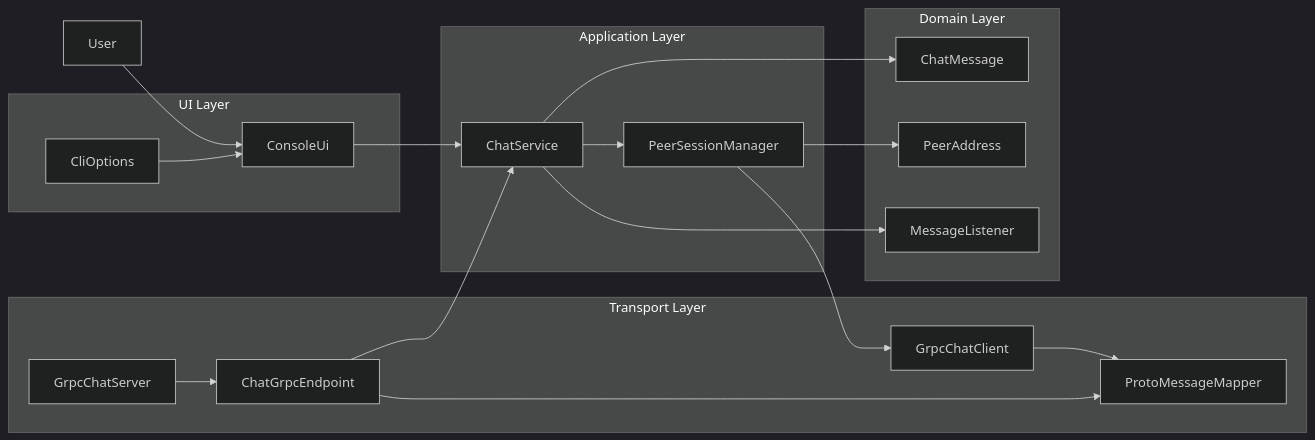
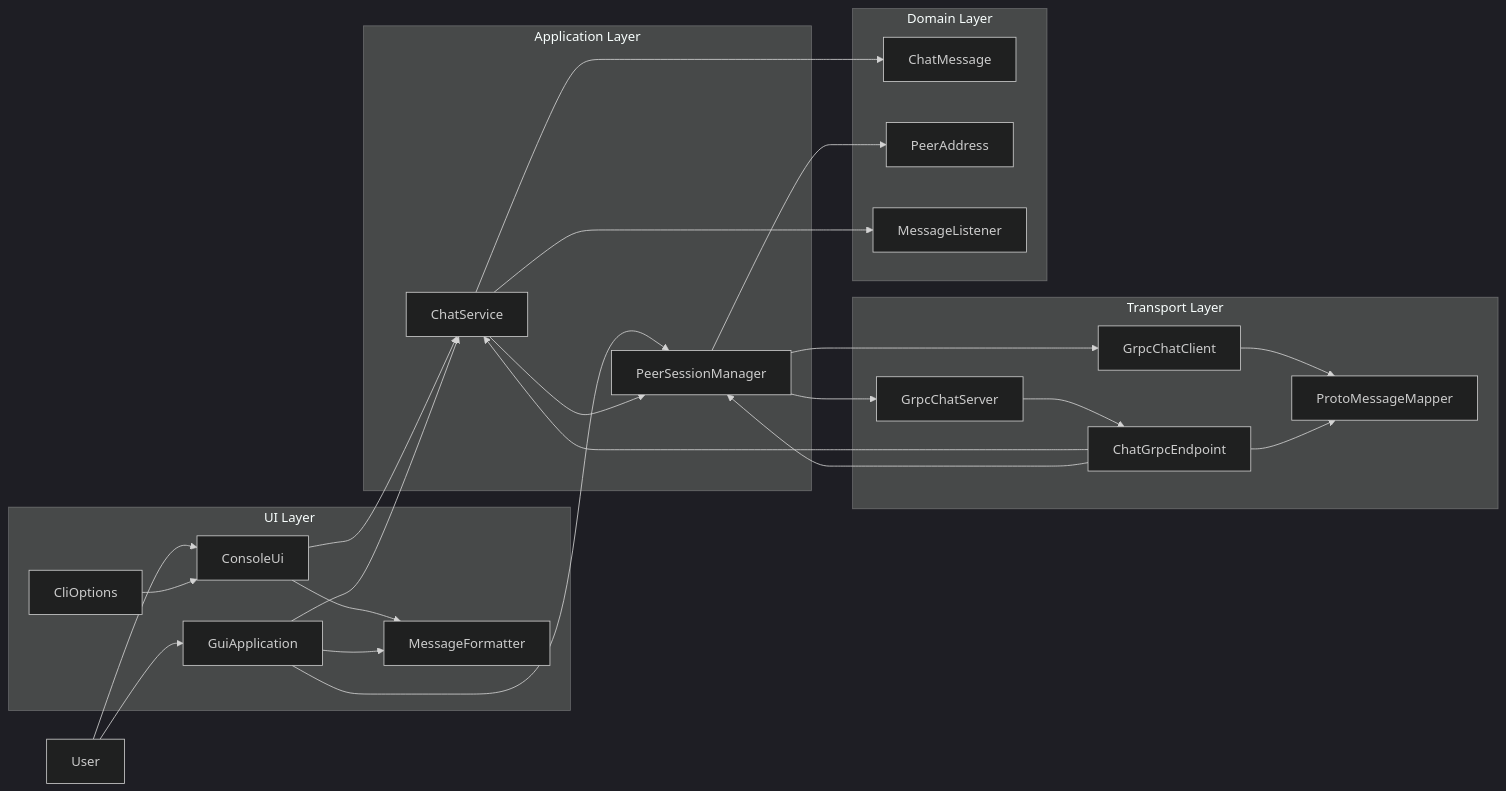
The first of 3 diagrams in docs/ARCHITECTURE.md (gtmnnn/Dialexis), drawn with Mermaid (dark theme) before and after one commit. The commit also changed other lines of this file and 1 other file, not shown here.

````diff
--- a/docs/ARCHITECTURE.md
+++ b/docs/ARCHITECTURE.md
@@ -98,40 +121,49 @@
 ```mermaid
 flowchart LR
     User["User"]
 
     subgraph UI["UI Layer"]
         ConsoleUi["ConsoleUi"]
+        GuiApp["GuiApplication"]
         CliOptions["CliOptions"]
+        Formatter["MessageFormatter"]
     end
 
     subgraph APP["Application Layer"]
         ChatService["ChatService"]
         PeerSession["PeerSessionManager"]
     end
 
     subgraph TRANSPORT["Transport Layer"]
         GrpcServer["GrpcChatServer"]
         GrpcClient["GrpcChatClient"]
         ChatEndpoint["ChatGrpcEndpoint"]
         ProtoMapper["ProtoMessageMapper"]
     end
 
     subgraph DOMAIN["Domain Layer"]
         ChatMessage["ChatMessage"]
         PeerAddress["PeerAddress"]
         MessageListener["MessageListener"]
     end
 
     User --> ConsoleUi
+    User --> GuiApp
     CliOptions --> ConsoleUi
     ConsoleUi --> ChatService
+    GuiApp --> ChatService
+    GuiApp --> PeerSession
+    ConsoleUi --> Formatter
+    GuiApp --> Formatter
     ChatService --> PeerSession
+    ChatService --> MessageListener
+    PeerSession --> GrpcServer
     PeerSession --> GrpcClient
     GrpcServer --> ChatEndpoint
     ChatEndpoint --> ChatService
+    ChatEndpoint --> PeerSession
     GrpcClient --> ProtoMapper
     ChatEndpoint --> ProtoMapper
     ChatService --> ChatMessage
     PeerSession --> PeerAddress
-    ChatService --> MessageListener
 ```
````
